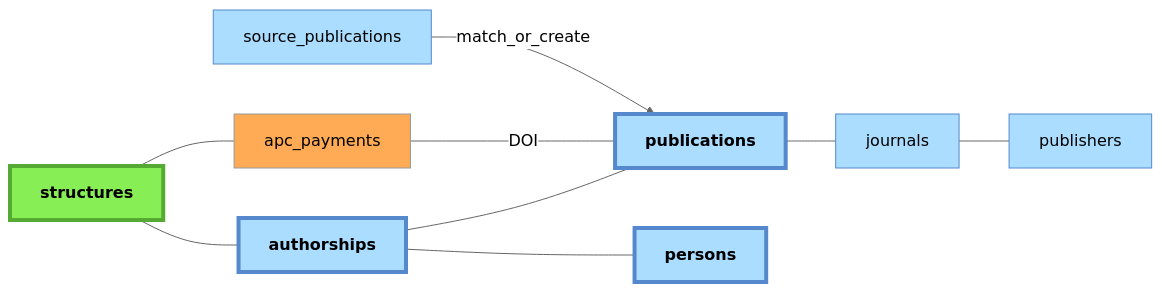
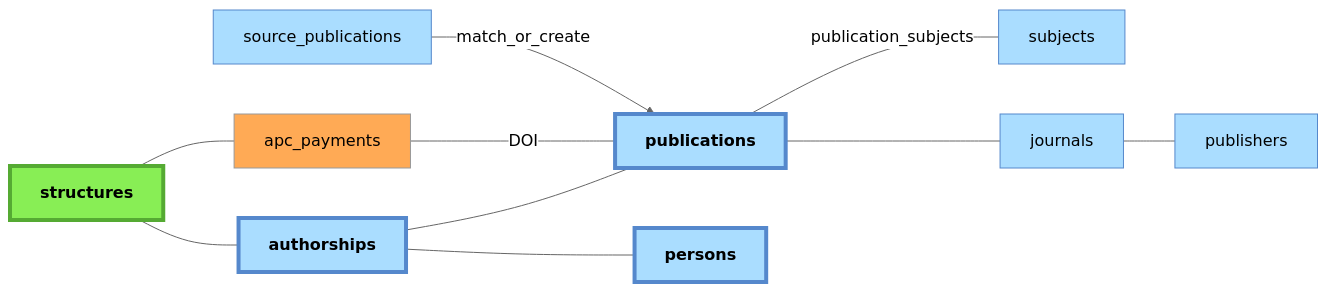
One commit to Y33sha/bibliometrie-uca changed the diagram in docs/donnees/03-publications.md. Above: the diagram before and after it, drawn with Mermaid (neutral theme). The commit also changed 12 other files, not shown here.

Commit message:
doc + schema

````diff
--- a/docs/donnees/03-publications.md
+++ b/docs/donnees/03-publications.md
@@ -11,20 +11,22 @@
 ```mermaid
 flowchart LR
     structures --- authorships
     authorships --- publications
     authorships --- persons
     structures --- apc_payments
     apc_payments ---|DOI| publications
     source_publications-->|match_or_create|publications
+    publications---|publication_subjects|subjects
     publications---journals
     journals---publishers
+
 
     classDef manuel  fill:#8e5,stroke:#5a3
     class structures,structure_name_forms,perimeters,structure_relations manuel;
     classDef csv fill:#fa5
     class apc_payments csv
     classDef auto fill:#adf,stroke:#58c
-    class source_publications,publications,journals,publishers,authorships,persons auto
+    class source_publications,publications,journals,publishers,authorships,persons,subjects auto
     classDef main stroke-width:4px,font-weight:bold
     class structures,publications,persons,authorships main
 ```
````
